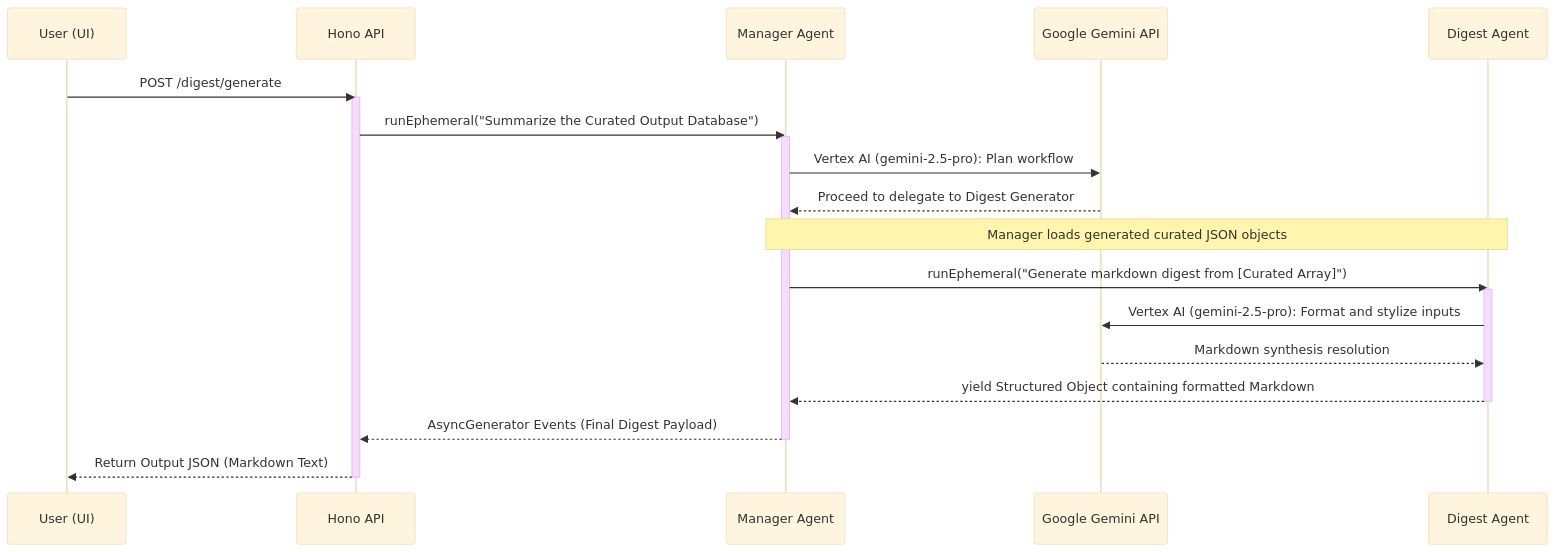
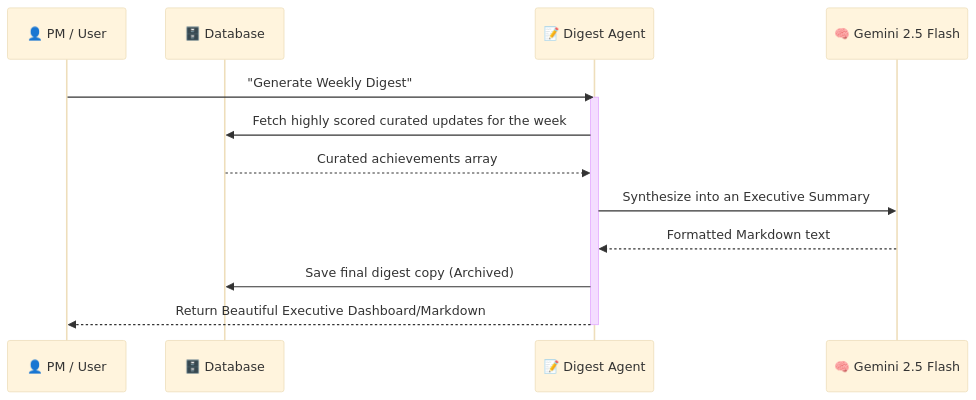
One commit to jay-parmar-public/multi-agent-productivity-assistant changed the third of 3 diagrams in docs/architecture.md. Above: the diagram before and after it, drawn with Mermaid (base theme). The commit also changed other lines of this file and 2 other files, not shown here.

````diff
--- a/docs/architecture.md
+++ b/docs/architecture.md
@@ -133,31 +117,21 @@
 ```mermaid
 sequenceDiagram
-    participant U as User (UI)
-    participant API as Hono API
-    participant M as Manager Agent
-    participant LLM as Google Gemini API
-    participant D as Digest Agent
+    participant User as 👤 PM / User
+    participant DB as 🗄️ Database
+    participant Digest as 📝 Digest Agent
+    participant LLM as 🧠 Gemini 2.5 Flash
 
-    U->>API: POST /digest/generate
-    activate API
-    API->>M: runEphemeral("Summarize the Curated Output Database")
-    activate M
-    M->>LLM: Vertex AI (gemini-2.5-pro): Plan workflow
-    LLM-->>M: Proceed to delegate to Digest Generator
-
-    %% Step 1: Push context
-    Note over M,D: Manager loads generated curated JSON objects
-
-    %% Step 2: Digest formatting
-    M->>D: runEphemeral("Generate markdown digest from [Curated Array]")
-    activate D
-    D->>LLM: Vertex AI (gemini-2.5-pro): Format and stylize inputs
-    LLM-->>D: Markdown synthesis resolution
-    D-->>M: yield Structured Object containing formatted Markdown
-    deactivate D
-
-    M-->>API: AsyncGenerator Events (Final Digest Payload)
-    deactivate M
-    API-->>U: Return Output JSON (Markdown Text)
-    deactivate API
+    User->>Digest: "Generate Weekly Digest"
+    activate Digest
+    
+    Digest->>DB: Fetch highly scored curated updates for the week
+    DB-->>Digest: Curated achievements array
+    
+    Digest->>LLM: Synthesize into an Executive Summary
+    LLM-->>Digest: Formatted Markdown text
+    
+    Digest->>DB: Save final digest copy (Archived)
+    
+    Digest-->>User: Return Beautiful Executive Dashboard/Markdown
+    deactivate Digest
 ```
````
